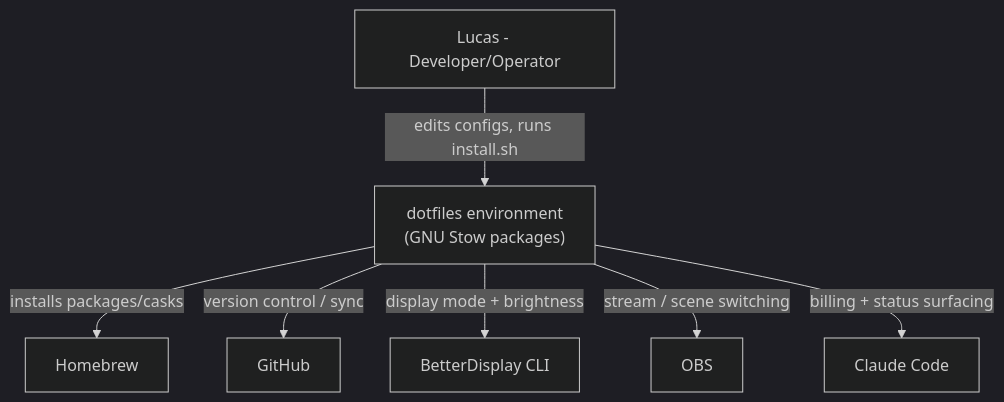
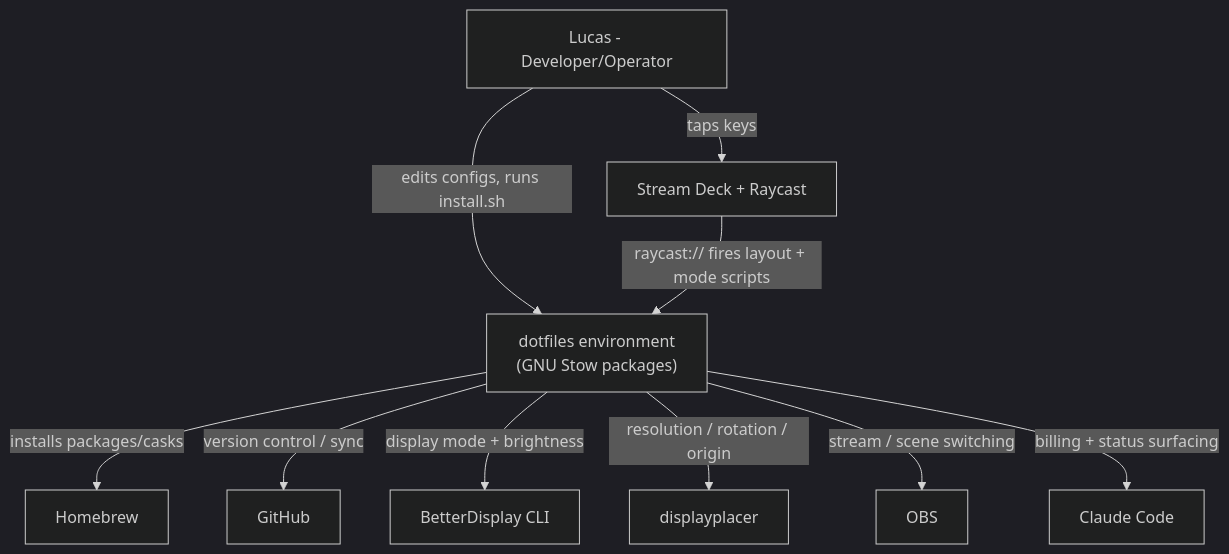
One commit to durante-tech/dotfiles changed the diagram in docs/Sentinel/C4-CONTEXT.md. Above: the diagram before and after it, drawn with Mermaid (dark theme). The commit also changed other lines of this file and 7 other files, not shown here.

First line of the commit message:
chore(sentinel): refresh architecture snapshot (2026-06-22 scan)

````diff
--- a/docs/Sentinel/C4-CONTEXT.md
+++ b/docs/Sentinel/C4-CONTEXT.md
@@ -6,11 +6,14 @@
 ```mermaid
 graph TD
   dev["Lucas - Developer/Operator"]
   sys["dotfiles environment<br/>(GNU Stow packages)"]
   dev -->|edits configs, runs install.sh| sys
+  dev -->|taps keys| sd["Stream Deck + Raycast"]
   sys -->|installs packages/casks| brew["Homebrew"]
   sys -->|version control / sync| gh["GitHub"]
   sys -->|display mode + brightness| bd["BetterDisplay CLI"]
+  sys -->|resolution / rotation / origin| dp["displayplacer"]
   sys -->|stream / scene switching| obs["OBS"]
+  sd -->|raycast:// fires layout + mode scripts| sys
   sys -->|billing + status surfacing| cc["Claude Code"]
 ```
````
